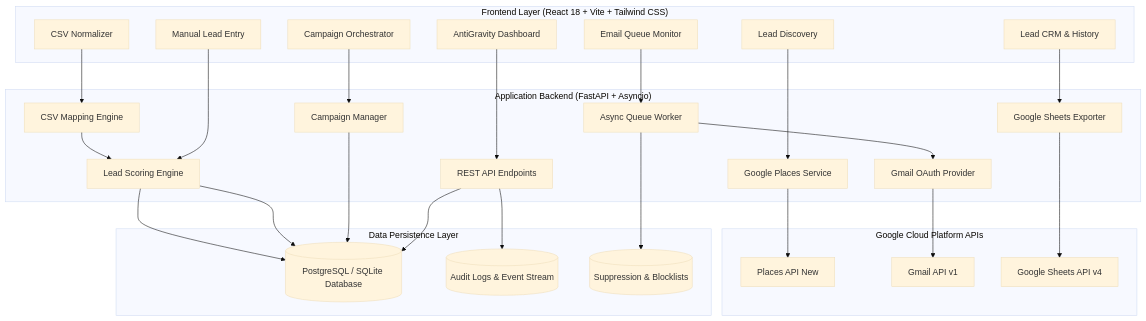
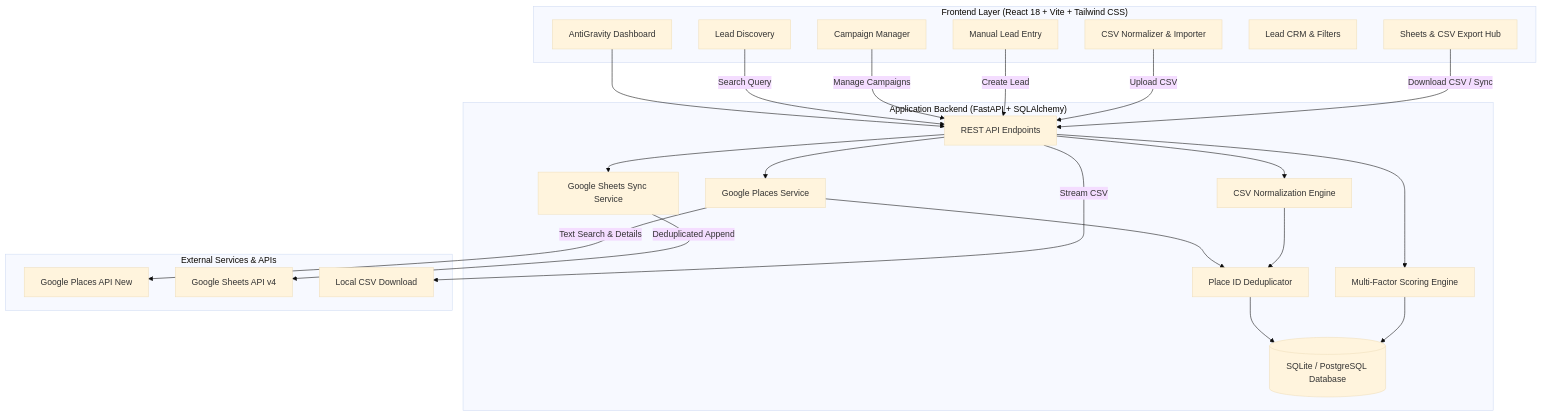
The diagram in README.md (pk1519/OutreachOS), drawn with Mermaid (base theme) before and after one commit. The commit also changed other lines of this file and 13 other files, not shown here.

Commit message:
Refactor: Streamline to Campaigns, Lead Finder, CSV Download, and Google Sheets sync, removing email outreach

````diff
--- a/README.md
+++ b/README.md
@@ -85,46 +86,49 @@
 ```mermaid
 flowchart TD
     subgraph Client ["Frontend Layer (React 18 + Vite + Tailwind CSS)"]
         UI[AntiGravity Dashboard]
         LF[Lead Discovery]
-        IMP[CSV Normalizer]
+        CAMP[Campaign Manager]
         MLE[Manual Lead Entry]
-        CAMP[Campaign Orchestrator]
-        QM[Email Queue Monitor]
-        CRM[Lead CRM & History]
+        IMP[CSV Normalizer & Importer]
+        CRM[Lead CRM & Filters]
+        EXP[Sheets & CSV Export Hub]
     end
 
-    subgraph Server ["Application Backend (FastAPI + Asyncio)"]
+    subgraph Server ["Application Backend (FastAPI + SQLAlchemy)"]
         ROUTER[REST API Endpoints]
         PLACES[Google Places Service]
-        PARSER[CSV Mapping Engine]
-        SCORER[Lead Scoring Engine]
-        CAMPSERV[Campaign Manager]
-        QUEUE[Async Queue Worker]
-        GMAIL[Gmail OAuth Provider]
-        SHEETS[Google Sheets Exporter]
+        PARSER[CSV Normalization Engine]
+        SCORING[Multi-Factor Scoring Engine]
+        DEDUP[Place ID Deduplicator]
+        SHEETS_SVC[Google Sheets Sync Service]
+        DB_LAYER[(SQLite / PostgreSQL Database)]
     end
 
-    subgraph Storage ["Data Persistence Layer"]
-        DB[(PostgreSQL / SQLite Database)]
-        AUDIT[(Audit Logs & Event Stream)]
-        SUPPRESS[(Suppression & Blocklists)]
-    end
-
-    subgraph Google ["Google Cloud Platform APIs"]
-        G_PLACES[Places API New]
-        G_MAIL[Gmail API v1]
+    subgraph External ["External Services & APIs"]
+        G_PLACES[Google Places API New]
         G_SHEETS[Google Sheets API v4]
+        LOCAL_CSV[Local CSV Download]
     end
 
     UI --> ROUTER
-    LF --> PLACES --> G_PLACES
-    IMP --> PARSER --> SCORER --> DB
-    MLE --> SCORER --> DB
-    CAMP --> CAMPSERV --> DB
-    QM --> QUEUE --> GMAIL --> G_MAIL
-    CRM --> SHEETS --> G_SHEETS
-    ROUTER --> DB
-    ROUTER --> AUDIT
-    QUEUE --> SUPPRESS
+    LF -->|Search Query| ROUTER
+    CAMP -->|Manage Campaigns| ROUTER
+    MLE -->|Create Lead| ROUTER
+    IMP -->|Upload CSV| ROUTER
+    EXP -->|Download CSV / Sync| ROUTER
+
+    ROUTER --> PLACES
+    ROUTER --> PARSER
+    ROUTER --> SCORING
+    ROUTER --> SHEETS_SVC
+
+    PLACES -->|Text Search & Details| G_PLACES
+    PLACES --> DEDUP
+    PARSER --> DEDUP
+    DEDUP --> DB_LAYER
+    SCORING --> DB_LAYER
+
+    SHEETS_SVC -->|Deduplicated Append| G_SHEETS
+    ROUTER -->|Stream CSV| LOCAL_CSV
 ```
````
